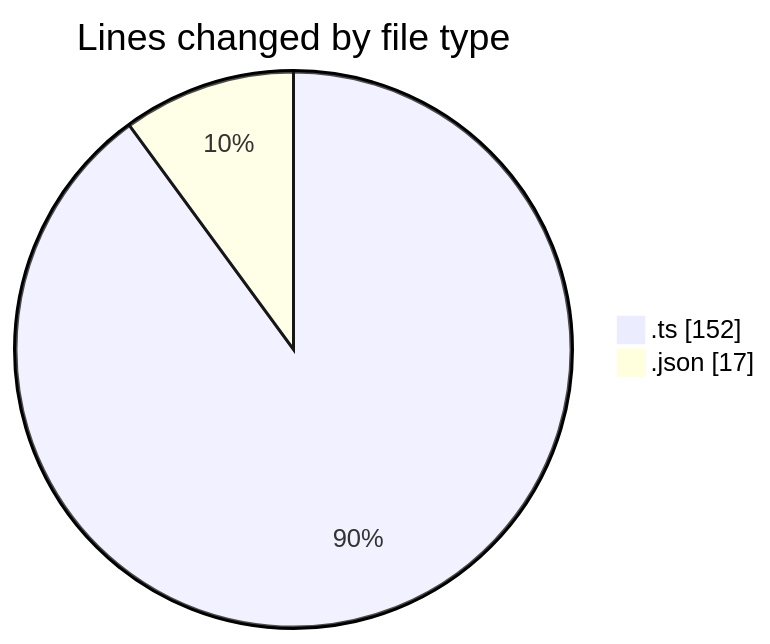
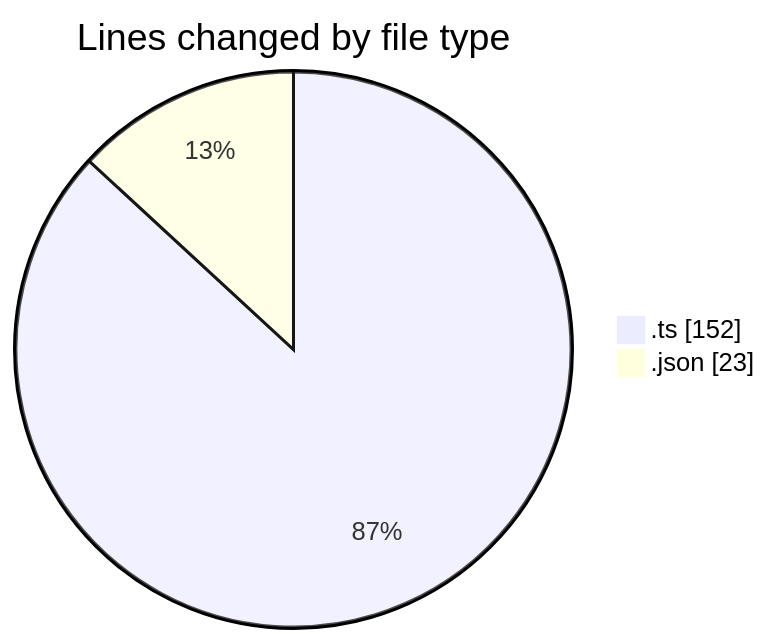
Before and after one commit to igalym/code-tracking: the first of 2 diagrams in 2026-03-30/cinema/README.md, drawn with Mermaid. The commit also changed other lines of this file and 1 other file, not shown here.

````diff
--- a/2026-03-30/cinema/README.md
+++ b/2026-03-30/cinema/README.md
@@ -26,6 +26,6 @@
 ```mermaid
 pie showData
 title Lines changed by file type
 ".ts" : 152
-".json" : 17
+".json" : 23
 ```
````
